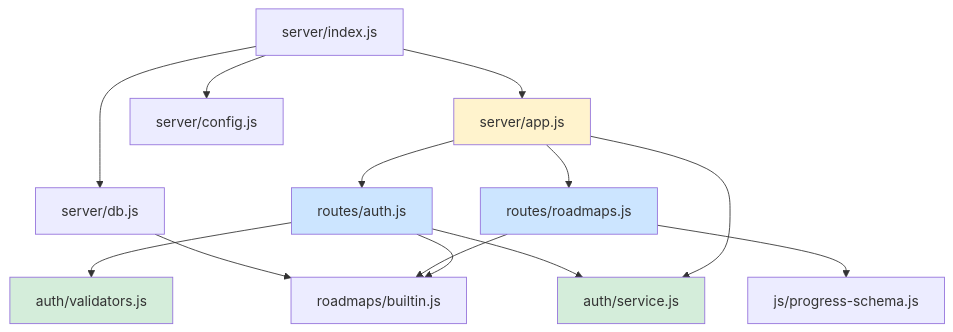
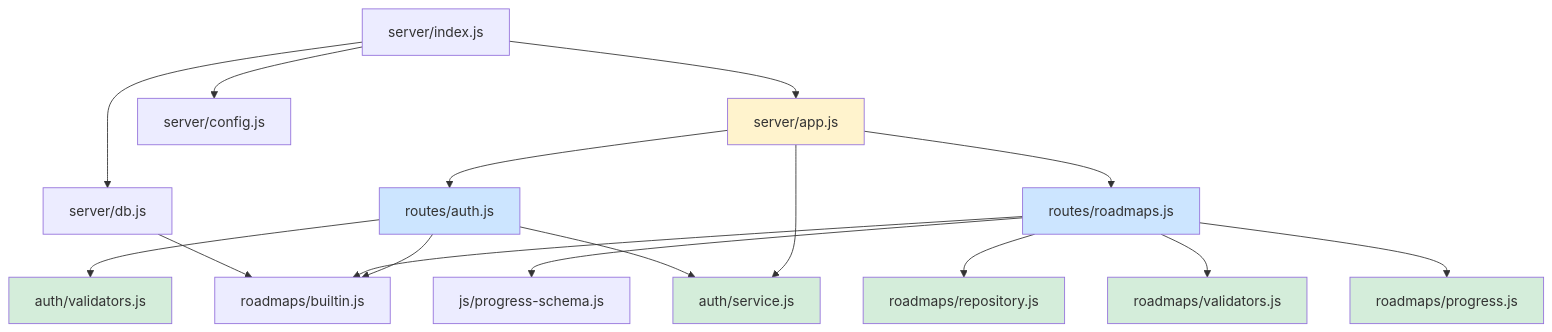
The third of 7 diagrams in README.md (imkushwaha/roadmap-tracker-app), drawn with Mermaid before and after one commit. The commit also changed other lines of this file and 17 other files, not shown here.

Commit message:
Add custom roadmap creation (Phase 2)

````diff
--- a/README.md
+++ b/README.md
@@ -285,32 +299,41 @@
 ```mermaid
 graph TD
     idx["server/index.js"]
     appfact["server/app.js"]
     cfg["server/config.js"]
     dbmod["server/db.js"]
     authR["routes/auth.js"]
     roadmapsR["routes/roadmaps.js"]
     svc["auth/service.js"]
     val["auth/validators.js"]
     builtin["roadmaps/builtin.js"]
+    repo["roadmaps/repository.js"]
+    rval["roadmaps/validators.js"]
+    rprog["roadmaps/progress.js"]
     schema["js/progress-schema.js"]
 
     idx --> cfg
     idx --> dbmod
     idx --> appfact
     appfact --> authR
     appfact --> roadmapsR
     appfact --> svc
     authR --> svc
     authR --> val
     authR --> builtin
     roadmapsR --> schema
     roadmapsR --> builtin
+    roadmapsR --> repo
+    roadmapsR --> rval
+    roadmapsR --> rprog
     dbmod --> builtin
 
     style svc fill:#d4edda
     style val fill:#d4edda
+    style repo fill:#d4edda
+    style rval fill:#d4edda
+    style rprog fill:#d4edda
     style authR fill:#cce5ff
     style roadmapsR fill:#cce5ff
     style appfact fill:#fff3cd
 ```
````
